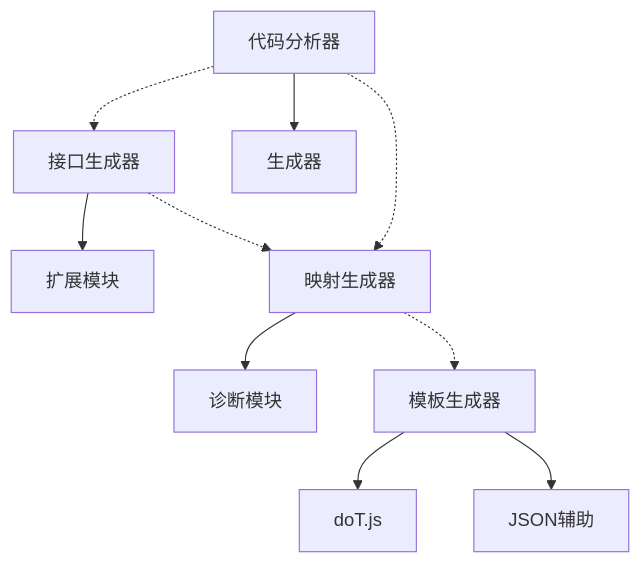
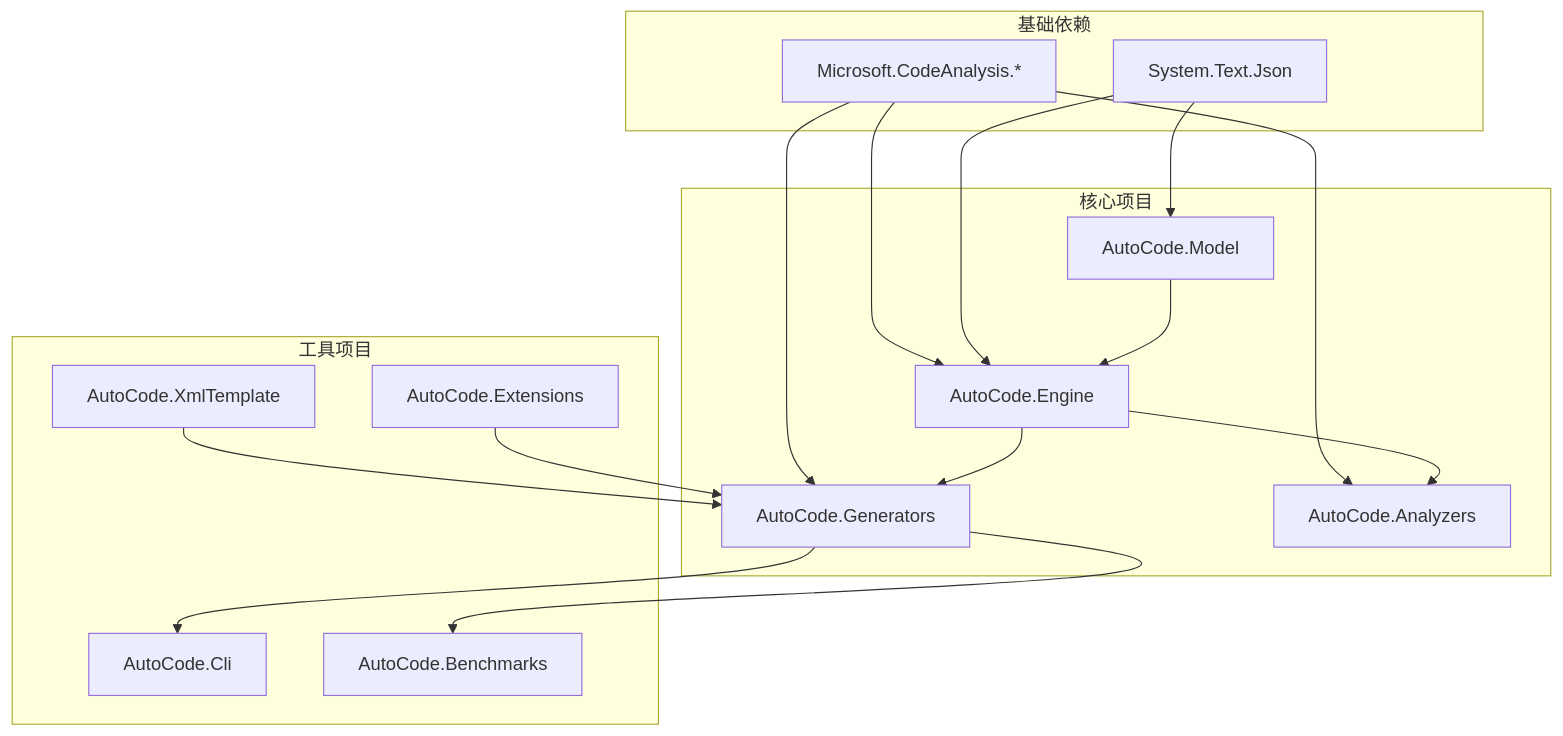
One commit to alivy/AutoCode changed the seventh of 7 diagrams in .qoder/repowiki/zh/content/项目概述.md. Above: the diagram before and after it, drawn with Mermaid. The commit also changed other lines of this file and 279 other files, not shown here.

````diff
--- a/.qoder/repowiki/zh/content/项目概述.md
+++ b/.qoder/repowiki/zh/content/项目概述.md
@@ -428,12 +294,31 @@
 ```mermaid
 graph TB
-IFGEN["接口生成器"] --> EXT["扩展模块"]
-MAPGEN["映射生成器"] --> DIAG["诊断模块"]
-TPLGEN["模板生成器"] --> DOJ["doT.js"]
-TPLGEN --> JSONH["JSON辅助"]
-ANALYZERS["代码分析器"] --> GEN["生成器"]
-IFGEN -.-> MAPGEN
-MAPGEN -.-> TPLGEN
-ANALYZERS -.-> IFGEN
-ANALYZERS -.-> MAPGEN
+subgraph "基础依赖"
+Roslyn["Microsoft.CodeAnalysis.*"]
+Json["System.Text.Json"]
+end
+subgraph "核心项目"
+Model["AutoCode.Model"]
+Engine["AutoCode.Engine"]
+Generators["AutoCode.Generators"]
+Analyzers["AutoCode.Analyzers"]
+end
+subgraph "工具项目"
+Cli["AutoCode.Cli"]
+Benchmarks["AutoCode.Benchmarks"]
+Extensions["AutoCode.Extensions"]
+XmlTemplate["AutoCode.XmlTemplate"]
+end
+Roslyn --> Engine
+Roslyn --> Generators
+Roslyn --> Analyzers
+Json --> Model
+Json --> Engine
+Model --> Engine
+Engine --> Generators
+Engine --> Analyzers
+Generators --> Cli
+Generators --> Benchmarks
+XmlTemplate --> Generators
+Extensions --> Generators
 ```
````
